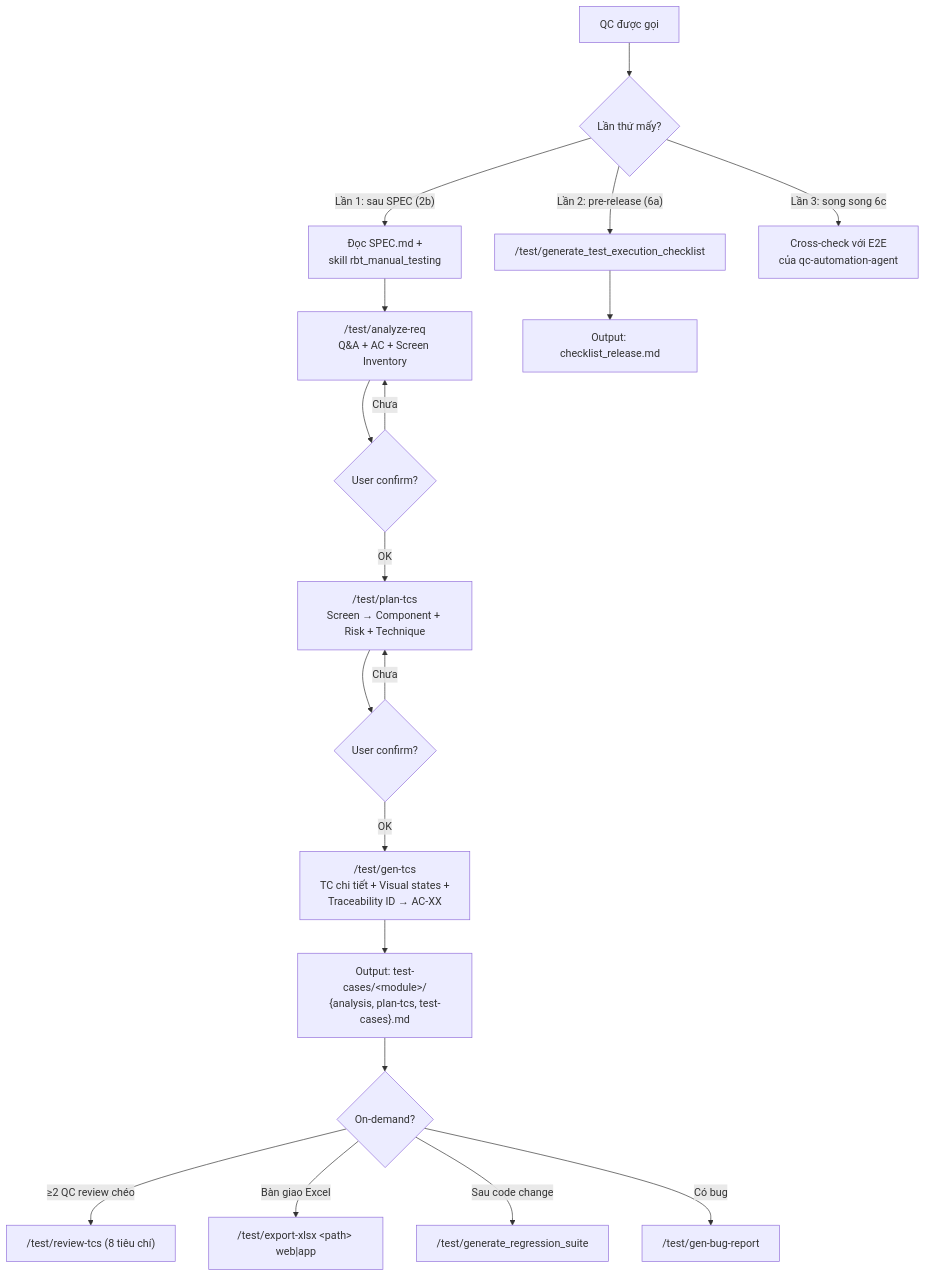
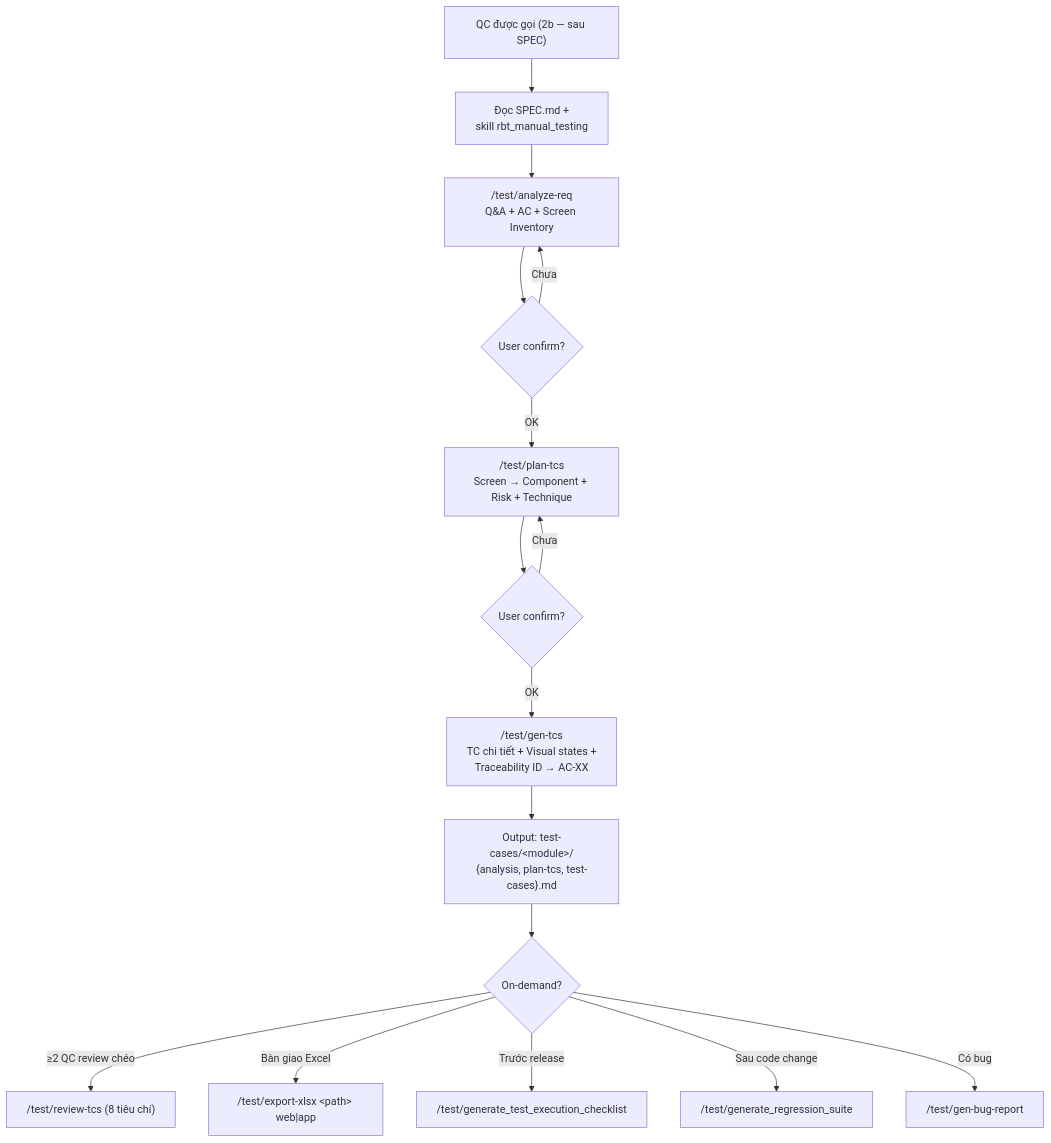
One commit to dipro-vn/dipro-ai-boost changed the fourth of 10 diagrams in project-ai-kit/ai-agents-workflow.md. Above: the diagram before and after it, drawn with Mermaid. The commit also changed other lines of this file and 61 other files, not shown here.

````diff
--- a/project-ai-kit/ai-agents-workflow.md
+++ b/project-ai-kit/ai-agents-workflow.md
@@ -124,25 +123,19 @@
 ```mermaid
 flowchart TD
-    A[QC được gọi] --> B{Lần thứ mấy?}
-
-    B -- "Lần 1: sau SPEC (2b)" --> C[Đọc SPEC.md +<br/>skill rbt_manual_testing]
+    A["QC được gọi (2b — sau SPEC)"] --> C[Đọc SPEC.md +<br/>skill rbt_manual_testing]
     C --> C1["/test/analyze-req<br/>Q&amp;A + AC + Screen Inventory"]
     C1 --> C2{User confirm?}
     C2 -- Chưa --> C1
     C2 -- OK --> C3["/test/plan-tcs<br/>Screen → Component + Risk + Technique"]
     C3 --> C4{User confirm?}
     C4 -- Chưa --> C3
     C4 -- OK --> C5["/test/gen-tcs<br/>TC chi tiết + Visual states +<br/>Traceability ID → AC-XX"]
     C5 --> C6["Output: test-cases/&lt;module&gt;/<br/>{analysis, plan-tcs, test-cases}.md"]
 
-    B -- "Lần 2: pre-release (6a)" --> D["/test/generate_test_execution_checklist"]
-    D --> D1[Output: checklist_release.md]
-
-    B -- "Lần 3: song song 6c" --> E[Cross-check với E2E<br/>của qc-automation-agent]
-
     C6 --> F{On-demand?}
     F -- ≥2 QC review chéo --> F1["/test/review-tcs (8 tiêu chí)"]
     F -- Bàn giao Excel --> F2["/test/export-xlsx &lt;path&gt; web|app"]
-    F -- Sau code change --> F3["/test/generate_regression_suite"]
-    F -- Có bug --> F4["/test/gen-bug-report"]
+    F -- Trước release --> F3["/test/generate_test_execution_checklist"]
+    F -- Sau code change --> F4["/test/generate_regression_suite"]
+    F -- Có bug --> F5["/test/gen-bug-report"]
 ```
````
